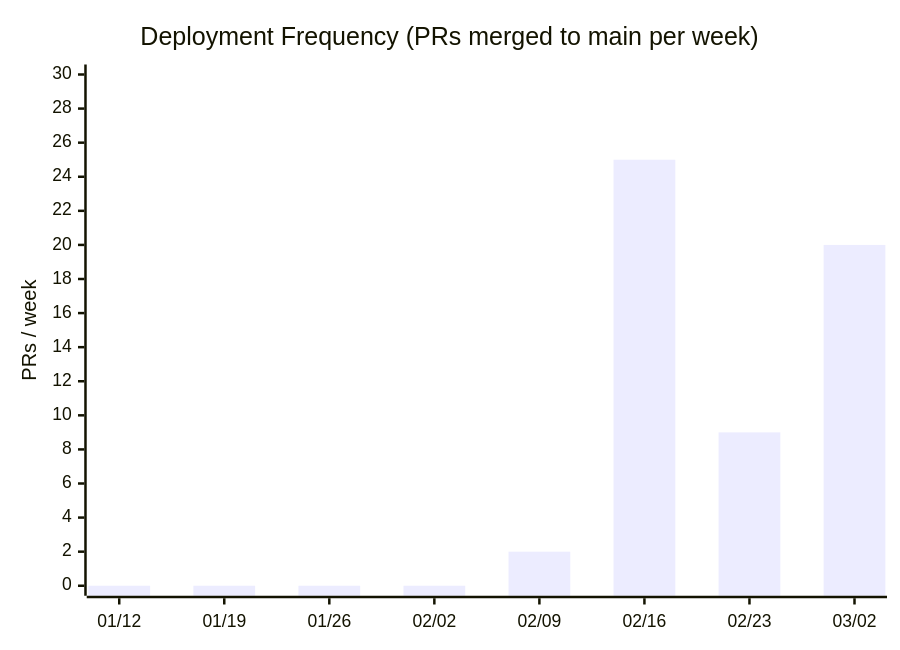
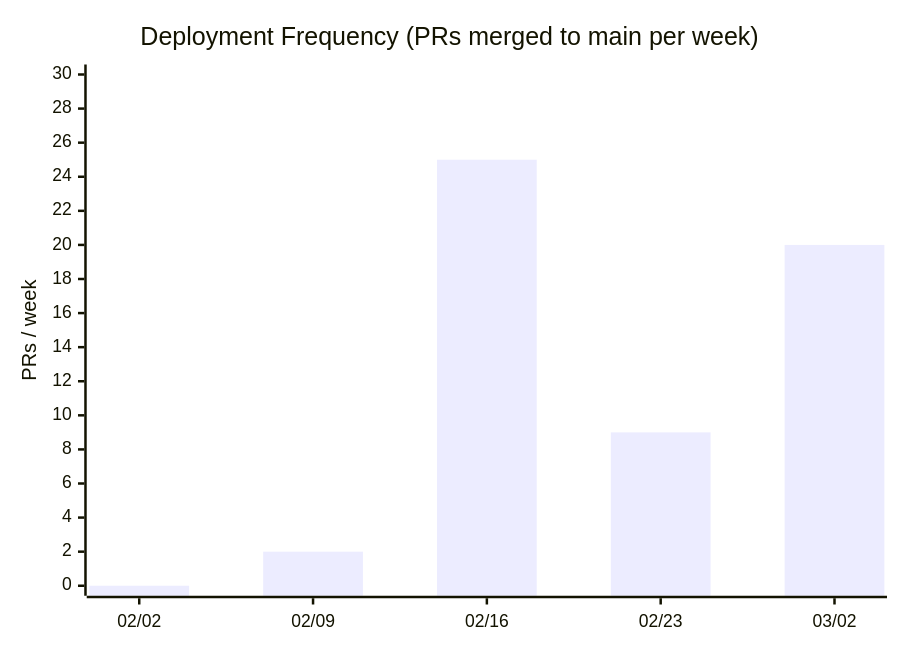
Before and after one commit to nablarch/nabledge-dev: the first of 13 diagrams in docs/metrics.md, drawn with Mermaid. The commit also changed other lines of this file and 2 other files, not shown here.

First line of the commit message:
feat: simplify DORA scorecard table and start charts from first commit

````diff
--- a/docs/metrics.md
+++ b/docs/metrics.md
@@ -24,7 +25,7 @@
 ```mermaid
 xychart-beta
   title "Deployment Frequency (PRs merged to main per week)"
-  x-axis ["01/12", "01/19", "01/26", "02/02", "02/09", "02/16", "02/23", "03/02"]
+  x-axis ["02/02", "02/09", "02/16", "02/23", "03/02"]
   y-axis "PRs / week" 0 --> 30
-  bar [0, 0, 0, 0, 2, 25, 9, 20]
+  bar [0, 2, 25, 9, 20]
 ```
````
